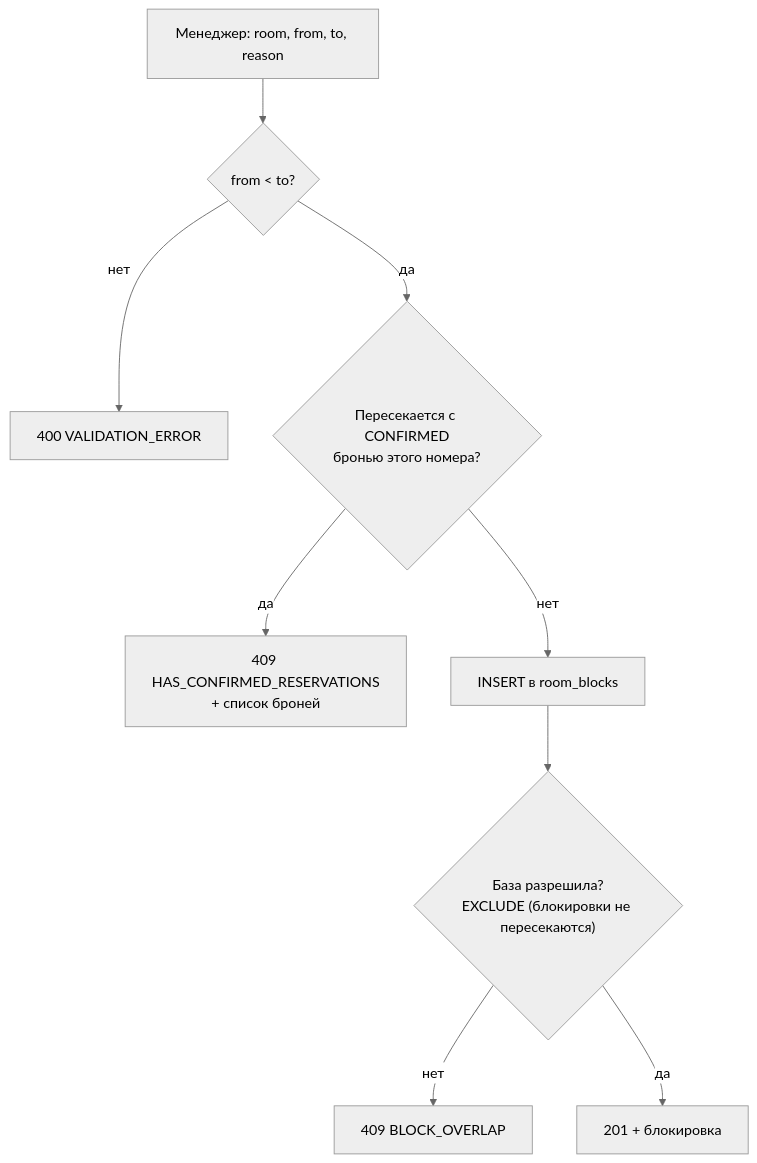
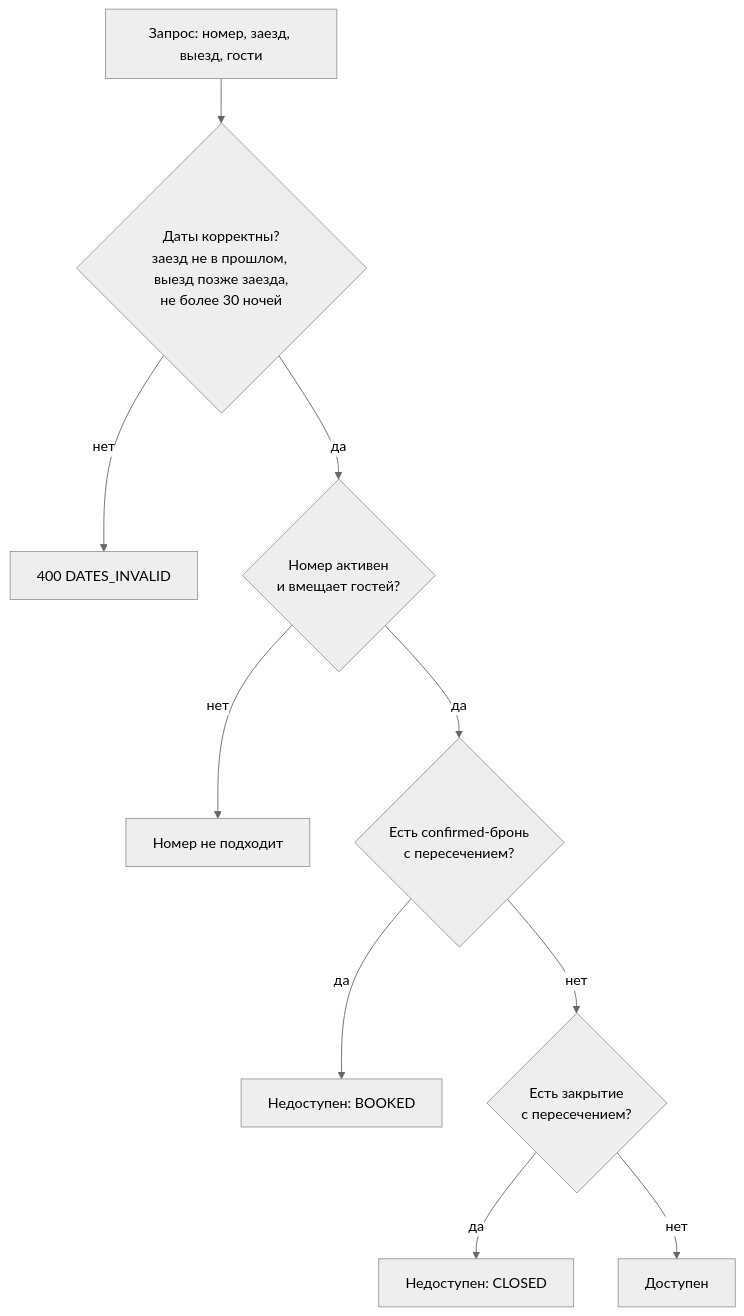
One commit to Murodzon/staybook changed the seventh of 9 diagrams in Technical_Design.md. Above: the diagram before and after it, drawn with Mermaid (neutral theme). The commit also changed other lines of this file, not shown here.

````diff
--- a/Technical_Design.md
+++ b/Technical_Design.md
@@ -1491,11 +1159,12 @@
 ```mermaid
 flowchart TD
-    A["Менеджер: room, from, to, reason"] --> B{"from < to?"}
-    B -- нет --> E1["400 VALIDATION_ERROR"]
-    B -- да --> C{"Пересекается с CONFIRMED<br/>бронью этого номера?"}
-    C -- да --> E2["409 HAS_CONFIRMED_RESERVATIONS<br/>+ список броней"]
-    C -- нет --> D["INSERT в room_blocks"]
-    D --> E{"База разрешила?<br/>EXCLUDE (блокировки не пересекаются)"}
-    E -- нет --> E3["409 BLOCK_OVERLAP"]
-    E -- да --> F["201 + блокировка"]
+    A["Запрос: номер, заезд, выезд, гости"] --> B{"Даты корректны?<br/>заезд не в прошлом, выезд позже заезда,<br/>не более 30 ночей"}
+    B -- нет --> E1["400 DATES_INVALID"]
+    B -- да --> C{"Номер активен<br/>и вмещает гостей?"}
+    C -- нет --> E2["Номер не подходит"]
+    C -- да --> D{"Есть confirmed-бронь<br/>с пересечением?"}
+    D -- да --> N1["Недоступен: BOOKED"]
+    D -- нет --> F{"Есть закрытие<br/>с пересечением?"}
+    F -- да --> N2["Недоступен: CLOSED"]
+    F -- нет --> Y["Доступен"]
 ```
````
